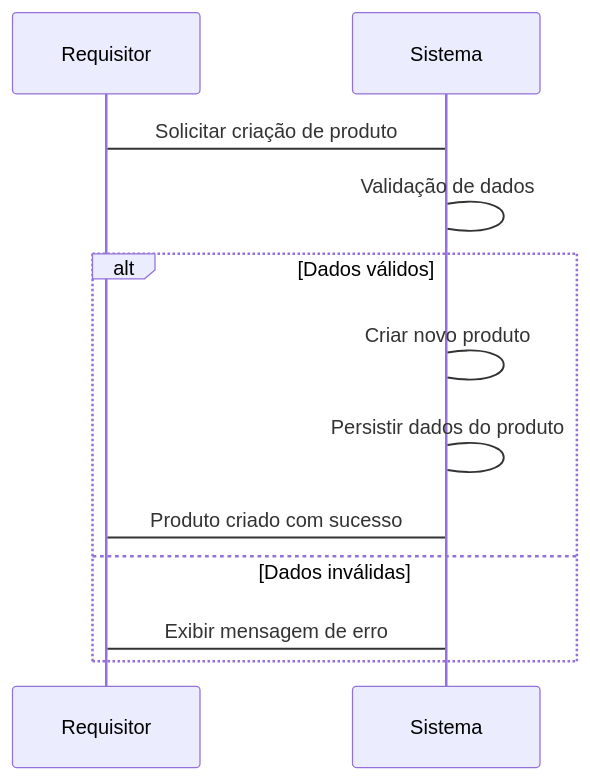
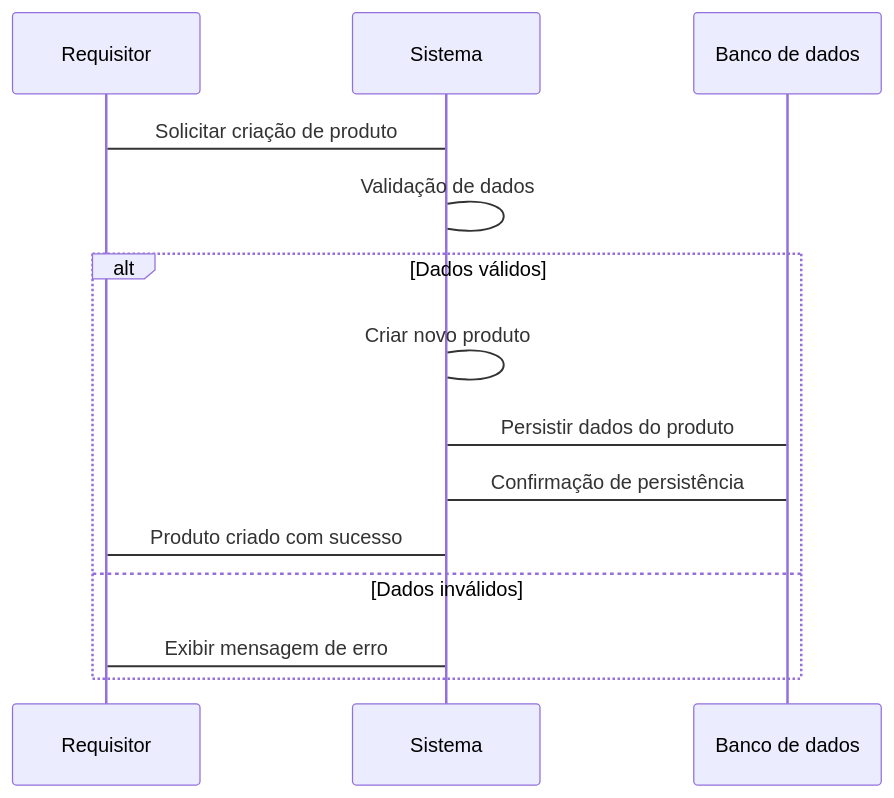
One commit to Eduardo-Karpinski/TCC changed the diagram in Diagramas/sequencia-produto.md. Above: the diagram before and after it, drawn with Mermaid. The commit also changed 2 other files, not shown here.

Commit message:
Criação e atualização de diagramas

````diff
--- a/Diagramas/sequencia-produto.md
+++ b/Diagramas/sequencia-produto.md
@@ -1,15 +1,17 @@
 ```mermaid
 sequenceDiagram
     participant Requisitor
     participant Sistema
+    participant Banco_de_Dados as Banco de dados
 
     Requisitor -> Sistema: Solicitar criação de produto
     Sistema -> Sistema: Validação de dados
     alt Dados válidos
         Sistema -> Sistema: Criar novo produto
-        Sistema -> Sistema: Persistir dados do produto
+        Sistema -> Banco_de_Dados: Persistir dados do produto
+        Banco_de_Dados -> Sistema: Confirmação de persistência
         Sistema -> Requisitor: Produto criado com sucesso
-    else Dados inválidas
+    else Dados inválidos
         Sistema -> Requisitor: Exibir mensagem de erro
     end
 ```
````
